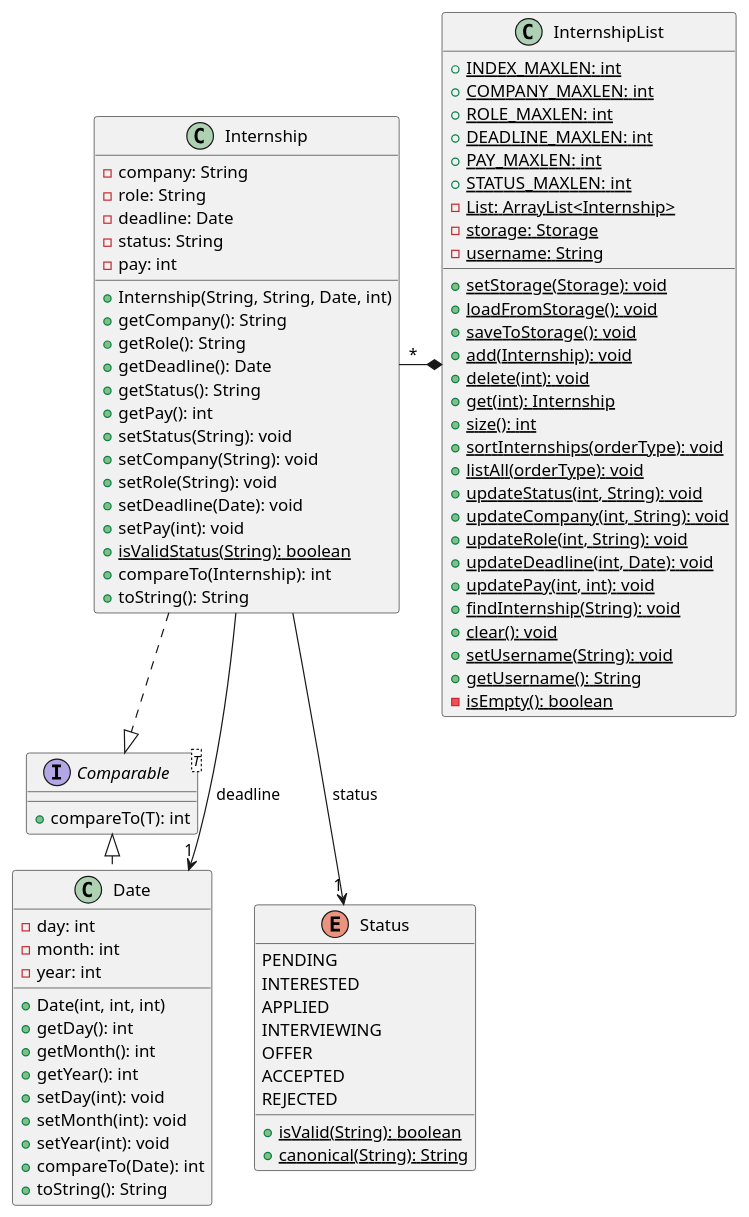
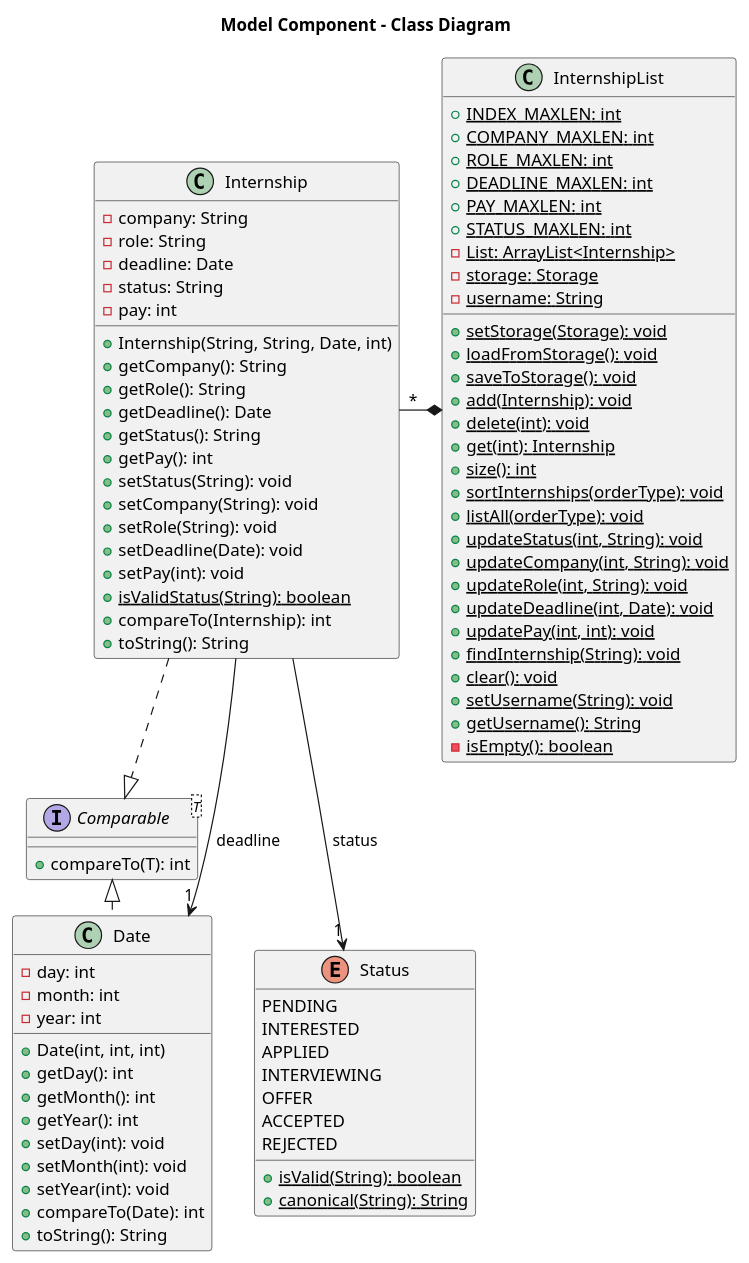
The diagram in docs/diagrams/ModelComponentCD.puml (BenyAlbatross/tp), drawn with PlantUML before and after one commit. The commit also changed 2 other files, not shown here.

```diff
--- a/docs/diagrams/ModelComponentCD.puml
+++ b/docs/diagrams/ModelComponentCD.puml
@@ -1,93 +1,94 @@
 @startuml ModelComponentCD
+title Model Component - Class Diagram
 
 class InternshipList {
   + {static} INDEX_MAXLEN: int
   + {static} COMPANY_MAXLEN: int
   + {static} ROLE_MAXLEN: int
   + {static} DEADLINE_MAXLEN: int
   + {static} PAY_MAXLEN: int
   + {static} STATUS_MAXLEN: int
   - {static} List: ArrayList<Internship>
   - {static} storage: Storage
   - {static} username: String
   + {static} setStorage(Storage): void
   + {static} loadFromStorage(): void
   + {static} saveToStorage(): void
   + {static} add(Internship): void
   + {static} delete(int): void
   + {static} get(int): Internship
   + {static} size(): int
   + {static} sortInternships(orderType): void
   + {static} listAll(orderType): void
   + {static} updateStatus(int, String): void
   + {static} updateCompany(int, String): void
   + {static} updateRole(int, String): void
   + {static} updateDeadline(int, Date): void
   + {static} updatePay(int, int): void
   + {static} findInternship(String): void
   + {static} clear(): void
   + {static} setUsername(String): void
   + {static} getUsername(): String
   - {static} isEmpty(): boolean
 }
 
 interface Comparable<T> {
     + compareTo(T): int
 }
 
 class Internship {
   - company: String
   - role: String
   - deadline: Date
   - status: String
   - pay: int
   + Internship(String, String, Date, int)
   + getCompany(): String
   + getRole(): String
   + getDeadline(): Date
   + getStatus(): String
   + getPay(): int
   + setStatus(String): void
   + setCompany(String): void
   + setRole(String): void
   + setDeadline(Date): void
   + setPay(int): void
   + {static} isValidStatus(String): boolean
   + compareTo(Internship): int
   + toString(): String
 }
 
 class Date {
   - day: int
   - month: int
   - year: int
   + Date(int, int, int)
   + getDay(): int
   + getMonth(): int
   + getYear(): int
   + setDay(int): void
   + setMonth(int): void
   + setYear(int): void
   + compareTo(Date): int
   + toString(): String
 }
 
 enum Status {
   PENDING
   INTERESTED
   APPLIED
   INTERVIEWING
   OFFER
   ACCEPTED
   REJECTED
   + {static} isValid(String): boolean
   + {static} canonical(String): String
 }
 
 InternshipList *-left- "*" Internship
 Internship .|> Comparable
 Date .left.|> Comparable
 Internship --> "1" Date : deadline
 Internship --> "1" Status : status
 
 @enduml
```
